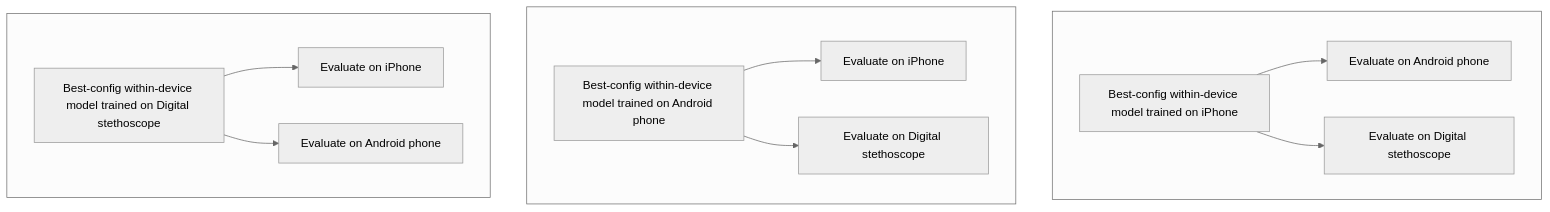
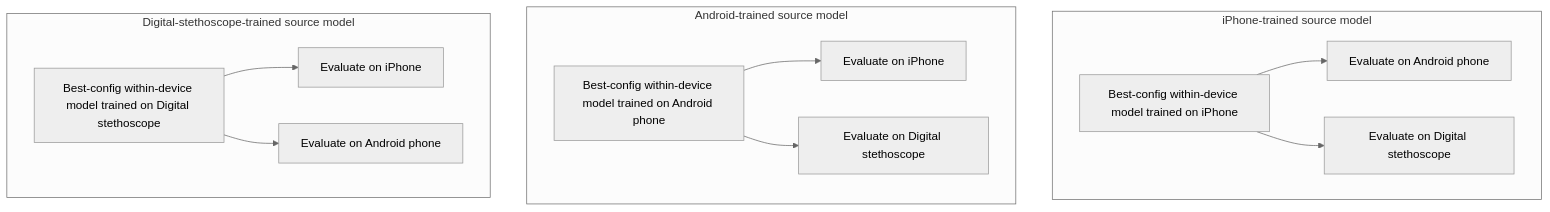
Before and after one commit to anywheredoor/phonocardiogram-lvef-deeplearning: the second of 3 diagrams in README.md, drawn with Mermaid (neutral theme). The commit also changed other lines of this file, not shown here.

Commit message:
Update README workflow diagrams

````diff
--- a/README.md
+++ b/README.md
@@ -151,27 +153,27 @@
 ```mermaid
 flowchart TB
-    subgraph R1[" "]
+    subgraph R1["iPhone-trained source model"]
         direction LR
         A["Best-config within-device model trained on iPhone"]
         A1["Evaluate on Android phone"]
         A2["Evaluate on Digital stethoscope"]
         A --> A1
         A --> A2
     end
-    subgraph R2[" "]
+    subgraph R2["Android-trained source model"]
         direction LR
         B["Best-config within-device model trained on Android phone"]
         B1["Evaluate on iPhone"]
         B2["Evaluate on Digital stethoscope"]
         B --> B1
         B --> B2
     end
-    subgraph R3[" "]
+    subgraph R3["Digital-stethoscope-trained source model"]
         direction LR
         C["Best-config within-device model trained on Digital stethoscope"]
         C1["Evaluate on iPhone"]
         C2["Evaluate on Android phone"]
         C --> C1
         C --> C2
     end
 ```
````
